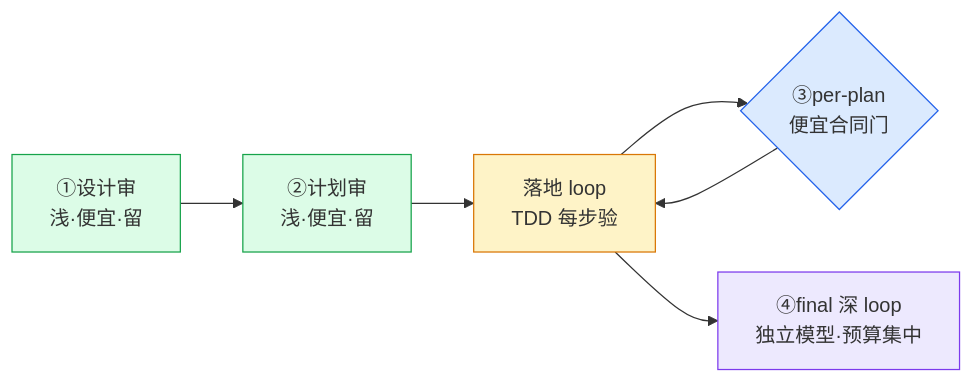
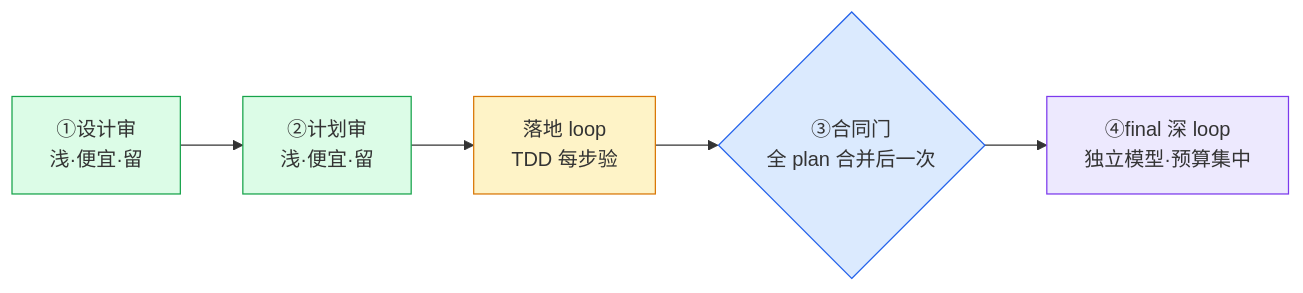
One commit to chancheuklap/multi-model-workflow changed the fifth of 10 diagrams in docs/plugin/OVERVIEW.md. Above: the diagram before and after it, drawn with Mermaid. The commit also changed other lines of this file and 16 other files, not shown here.

````diff
--- a/docs/plugin/OVERVIEW.md
+++ b/docs/plugin/OVERVIEW.md
@@ -260,11 +260,10 @@
 ```mermaid
 flowchart LR
     D["①设计审<br/>浅·便宜·留"]:::keep --> PL["②计划审<br/>浅·便宜·留"]:::keep --> B["落地 loop<br/>TDD 每步验"]:::core
-    B --> G{"③per-plan<br/>便宜合同门"}:::light
-    G --> B
-    B --> F["④final 深 loop<br/>独立模型·预算集中"]:::heavy
+    B --> G{"③合同门<br/>全 plan 合并后一次"}:::light
+    G --> F["④final 深 loop<br/>独立模型·预算集中"]:::heavy
     classDef keep fill:#dcfce7,stroke:#16a34a
     classDef core fill:#fef3c7,stroke:#d97706
     classDef light fill:#dbeafe,stroke:#2563eb
     classDef heavy fill:#ede9fe,stroke:#7c3aed
 ```
````
